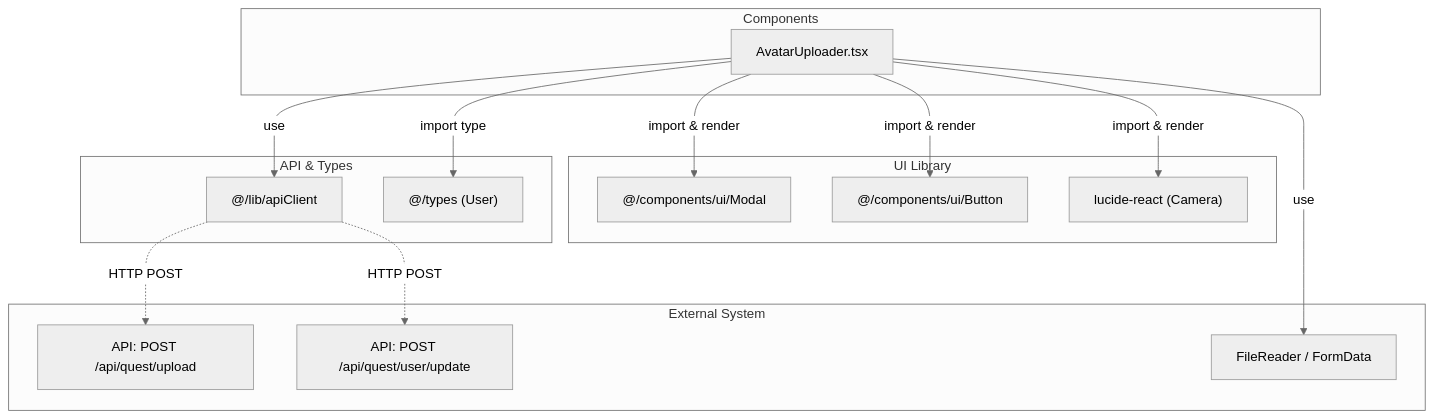
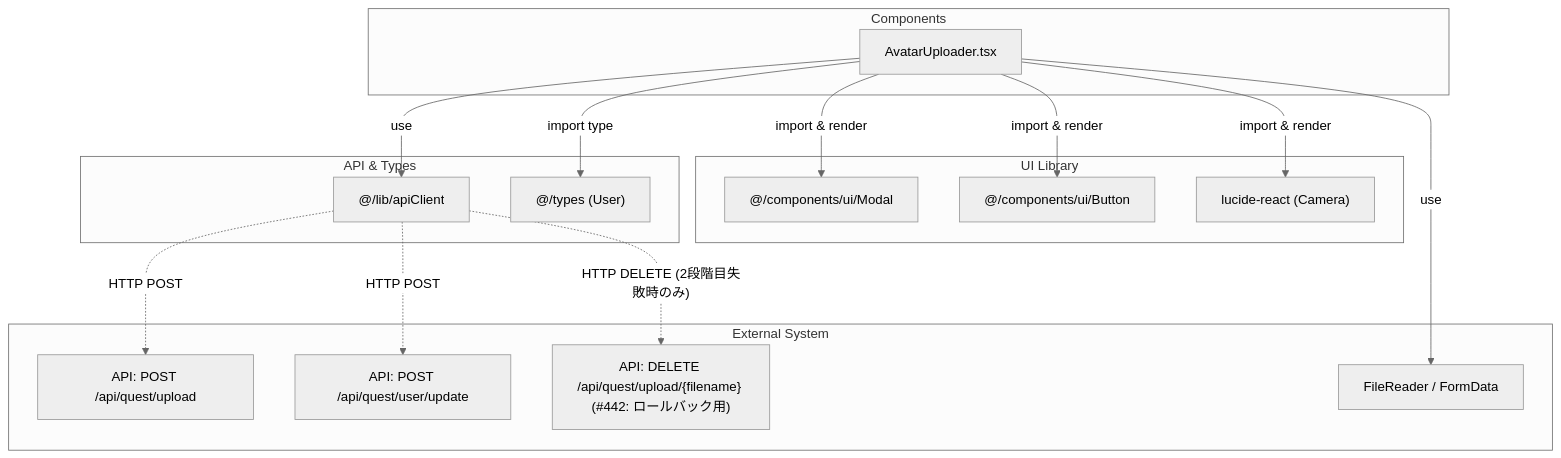
One commit to mmtigers/my_python_project changed the second of 2 diagrams in docs/specifications/family-quest/src/components/ui/AvatarUploader.md. Above: the diagram before and after it, drawn with Mermaid (neutral theme). The commit also changed other lines of this file and 87 other files, not shown here.

````diff
--- a/docs/specifications/family-quest/src/components/ui/AvatarUploader.md
+++ b/docs/specifications/family-quest/src/components/ui/AvatarUploader.md
@@ -182,32 +188,34 @@
 ```mermaid
 graph TD
     subgraph Components
         AvatarUploader["AvatarUploader.tsx"]
     end
 
     subgraph UI Library
         Modal["@/components/ui/Modal"]
         Button["@/components/ui/Button"]
         Camera["lucide-react (Camera)"]
     end
 
     subgraph API & Types
         apiClient["@/lib/apiClient"]
         UserType["@/types (User)"]
     end
 
     subgraph External System
         UploadAPI["API: POST /api/quest/upload"]
         UpdateAPI["API: POST /api/quest/user/update"]
+        DeleteAPI["API: DELETE /api/quest/upload/{filename} (#442: ロールバック用)"]
         BrowserAPI["FileReader / FormData"]
     end
 
     AvatarUploader -->|"import & render"| Modal
     AvatarUploader -->|"import & render"| Button
     AvatarUploader -->|"import & render"| Camera
     AvatarUploader -->|"import type"| UserType
     AvatarUploader -->|"use"| apiClient
     apiClient -.->|"HTTP POST"| UploadAPI
     apiClient -.->|"HTTP POST"| UpdateAPI
+    apiClient -.->|"HTTP DELETE (2段階目失敗時のみ)"| DeleteAPI
     AvatarUploader -->|"use"| BrowserAPI
 ```
````
